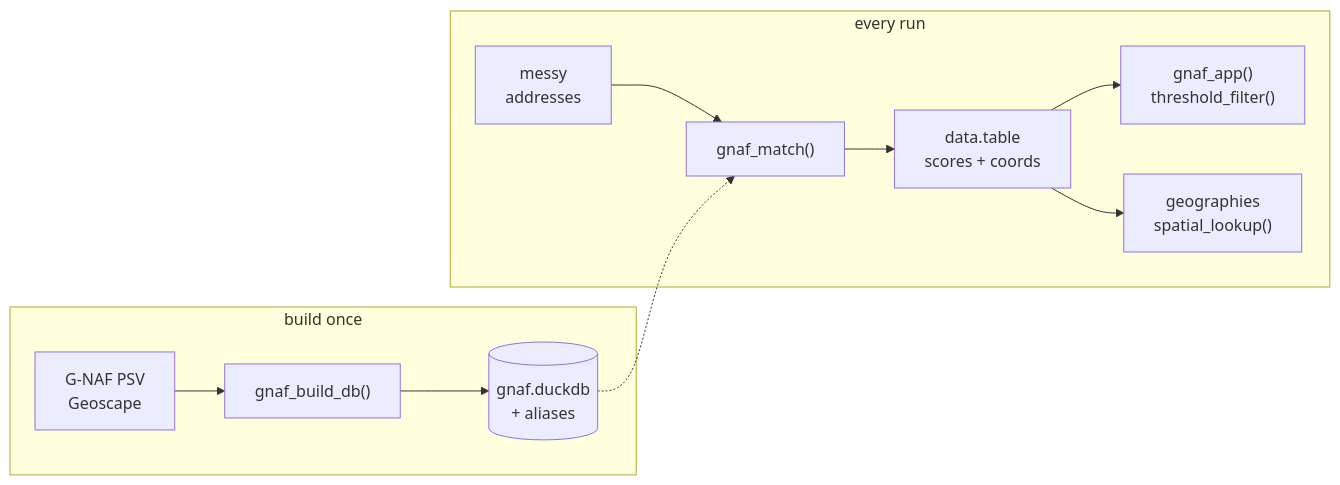
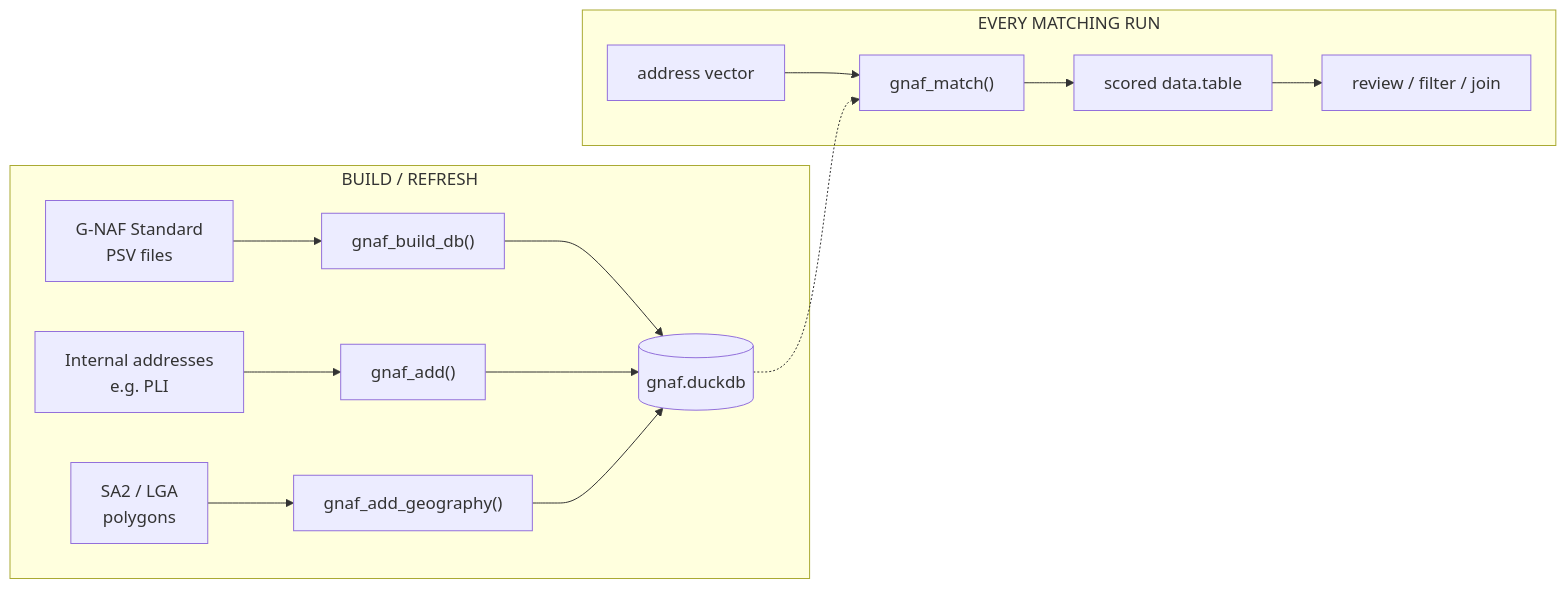
Before and after one commit to KyleHaynes/gnafr: the second of 6 diagrams in slides/gnafr-overview.qmd, drawn with Mermaid. The commit also changed other lines of this file and 8 other files, not shown here.

````diff
--- a/slides/gnafr-overview.qmd
+++ b/slides/gnafr-overview.qmd
@@ -120,17 +253,17 @@
 ```{mermaid}
-%%| fig-width: 12
-%%| fig-height: 4.5
-%%{init: {'themeVariables': {'fontSize': '16px'}}}%%
+%%| fig-height: 4.9
+%%{init: {'themeVariables': {'fontSize': '17px'}}}%%
 flowchart LR
-  subgraph B["build once"]
-    A["G-NAF PSV<br/>Geoscape"] --> C["gnaf_build_db()"]
-    C --> D[("gnaf.duckdb<br/>+ aliases")]
+  subgraph BUILD["BUILD / REFRESH"]
+    A["G-NAF Standard<br/>PSV files"] --> B["gnaf_build_db()"]
+    X["Internal addresses<br/>e.g. PLI"] --> C["gnaf_add()"]
+    B --> D[("gnaf.duckdb")]
+    C --> D
+    P["SA2 / LGA<br/>polygons"] --> E["gnaf_add_geography()"] --> D
   end
-  subgraph R["every run"]
-    E["messy<br/>addresses"] --> F["gnaf_match()"]
-    F --> G["data.table<br/>scores + coords"]
-    G --> H["gnaf_app()<br/>threshold_filter()"]
-    G --> I["geographies<br/>spatial_lookup()"]
+  subgraph USE["EVERY MATCHING RUN"]
+    I["address vector"] --> M["gnaf_match()"] --> O["scored data.table"]
+    O --> V["review / filter / join"]
   end
-  D -.-> F
+  D -.-> M
 ```
````
